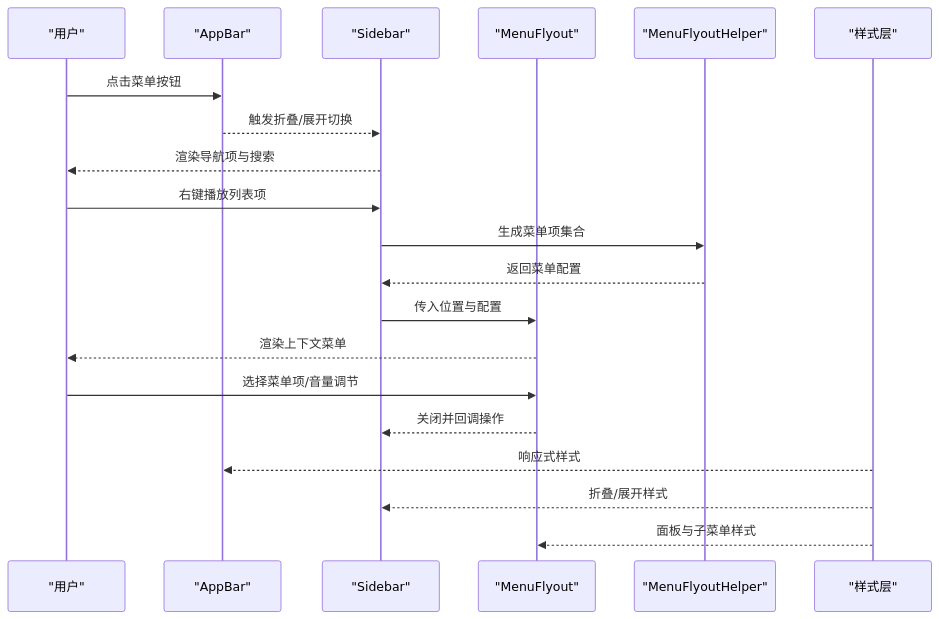
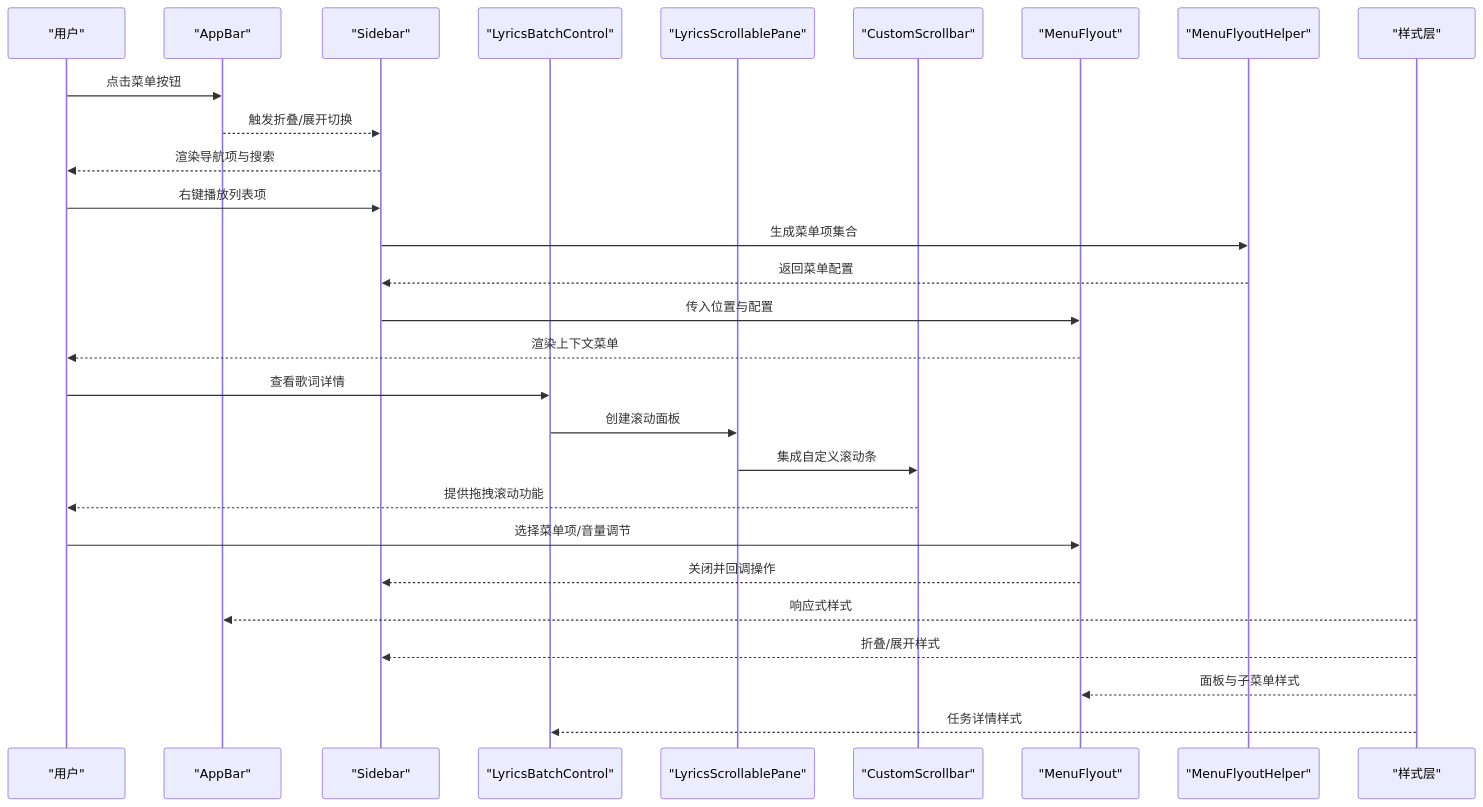
One commit to SeakyLuo/SMPlayerElectron changed the second of 8 diagrams in .qoder/repowiki/zh/content/用户界面/React组件体系/UI基础组件/UI基础组件.md. Above: the diagram before and after it, drawn with Mermaid. The commit also changed other lines of this file and 32 other files, not shown here.

````diff
--- a/.qoder/repowiki/zh/content/用户界面/React组件体系/UI基础组件/UI基础组件.md
+++ b/.qoder/repowiki/zh/content/用户界面/React组件体系/UI基础组件/UI基础组件.md
@@ -124,22 +146,30 @@
 ```mermaid
 sequenceDiagram
 participant User as "用户"
 participant AppBar as "AppBar"
 participant Sidebar as "Sidebar"
+participant LyricsControl as "LyricsBatchControl"
+participant ScrollPane as "LyricsScrollablePane"
+participant CustomSB as "CustomScrollbar"
 participant MenuFlyout as "MenuFlyout"
 participant Helper as "MenuFlyoutHelper"
 participant Styles as "样式层"
 User->>AppBar : 点击菜单按钮
 AppBar-->>Sidebar : 触发折叠/展开切换
 Sidebar-->>User : 渲染导航项与搜索
 User->>Sidebar : 右键播放列表项
 Sidebar->>Helper : 生成菜单项集合
 Helper-->>Sidebar : 返回菜单配置
 Sidebar->>MenuFlyout : 传入位置与配置
 MenuFlyout-->>User : 渲染上下文菜单
+User->>LyricsControl : 查看歌词详情
+LyricsControl->>ScrollPane : 创建滚动面板
+ScrollPane->>CustomSB : 集成自定义滚动条
+CustomSB-->>User : 提供拖拽滚动功能
 User->>MenuFlyout : 选择菜单项/音量调节
 MenuFlyout-->>Sidebar : 关闭并回调操作
 Styles-->>AppBar : 响应式样式
 Styles-->>Sidebar : 折叠/展开样式
 Styles-->>MenuFlyout : 面板与子菜单样式
+Styles-->>LyricsControl : 任务详情样式
 ```
````
